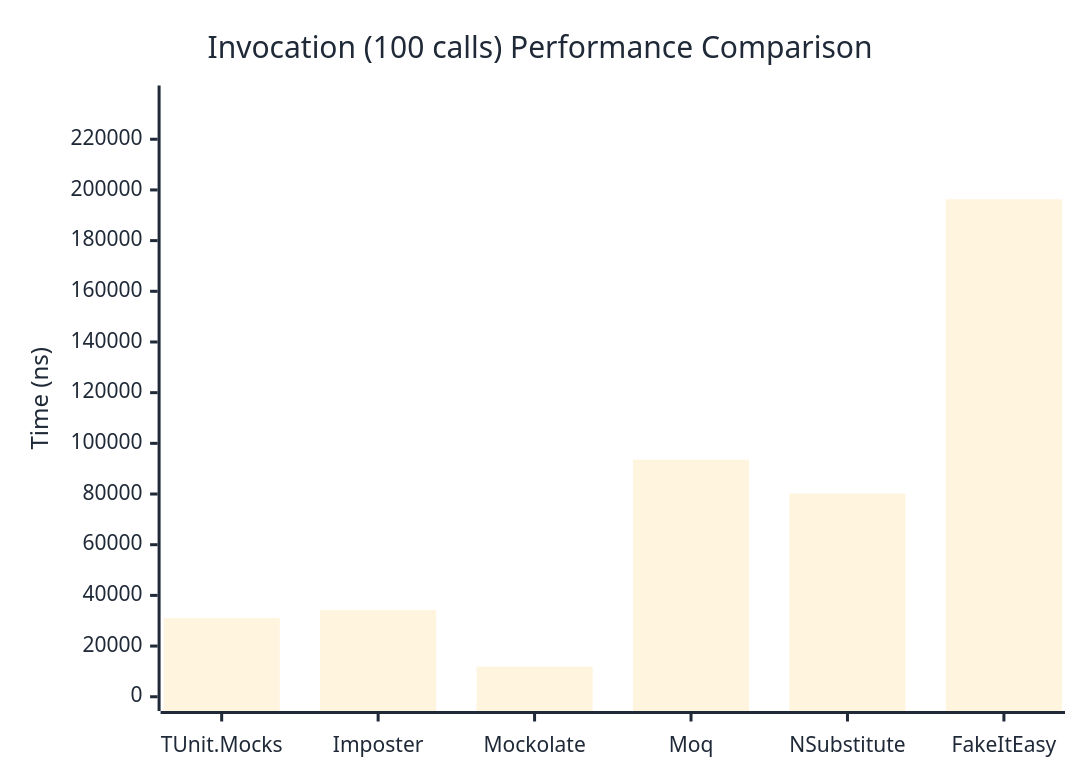
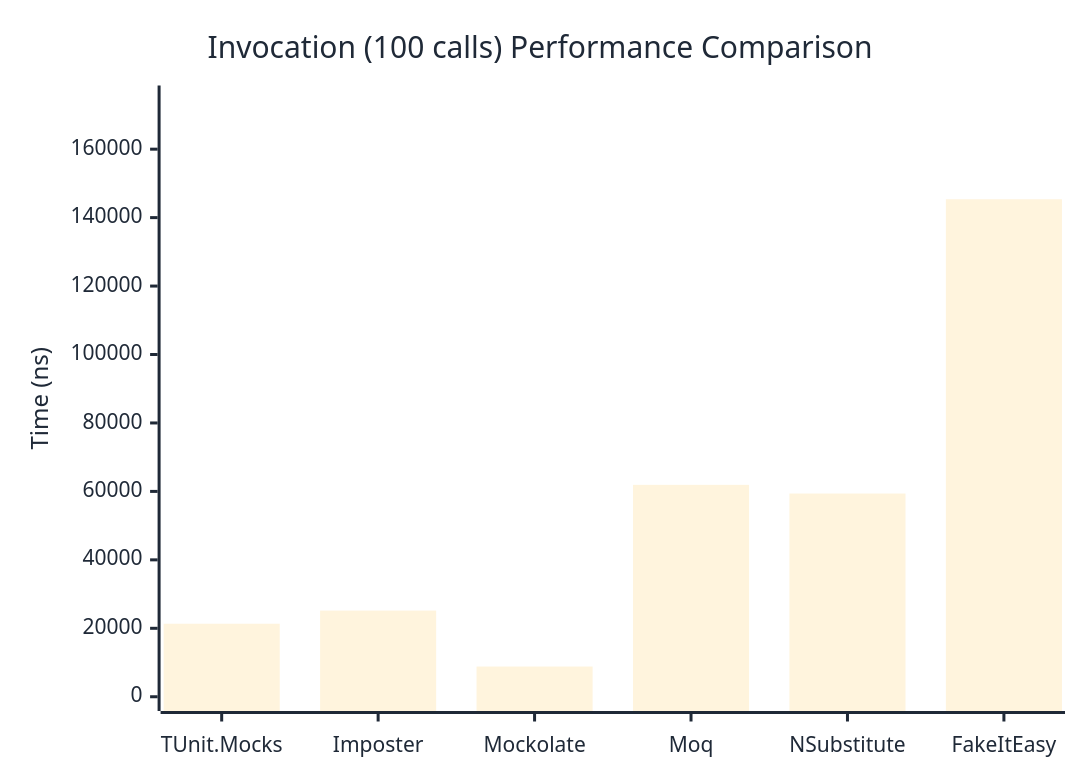
The third of 3 diagrams in docs/docs/benchmarks/mocks/Invocation.md (thomhurst/TUnit), drawn with Mermaid before and after one commit. The commit also changed other lines of this file and 14 other files, not shown here.

````diff
--- a/docs/docs/benchmarks/mocks/Invocation.md
+++ b/docs/docs/benchmarks/mocks/Invocation.md
@@ -112,27 +112,27 @@
 ```mermaid
 %%{init: {
   'theme':'base',
   'themeVariables': {
     'primaryColor': '#2563eb',
     'primaryTextColor': '#1f2937',
     'primaryBorderColor': '#1e40af',
     'lineColor': '#6b7280',
     'secondaryColor': '#7c3aed',
     'tertiaryColor': '#dc2626',
     'background': '#ffffff',
     'pie1': '#2563eb',
     'pie2': '#7c3aed',
     'pie3': '#dc2626',
     'pie4': '#f59e0b',
     'pie5': '#10b981',
     'pie6': '#06b6d4',
     'pie7': '#ec4899',
     'pie8': '#6366f1'
   }
 }}%%
 xychart-beta
   title "Invocation (100 calls) Performance Comparison"
   x-axis ["TUnit.Mocks", "Imposter", "Mockolate", "Moq", "NSubstitute", "FakeItEasy"]
-  y-axis "Time (ns)" 0 --> 235586
-  bar [31029.4, 34187.4, 11919.1, 93554.9, 80192.8, 196321.6]
+  y-axis "Time (ns)" 0 --> 174441
+  bar [21338.84, 25176.85, 8832.94, 61913.09, 59382.33, 145367.36]
 ```
````
